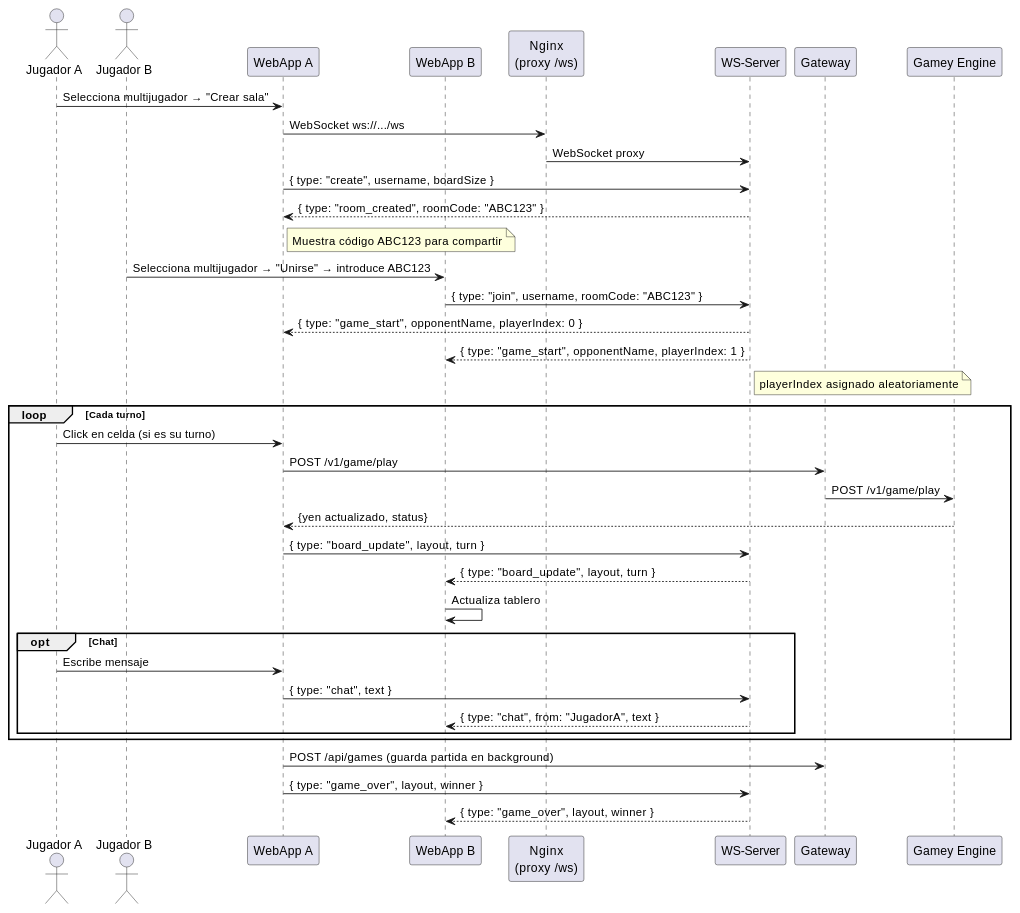
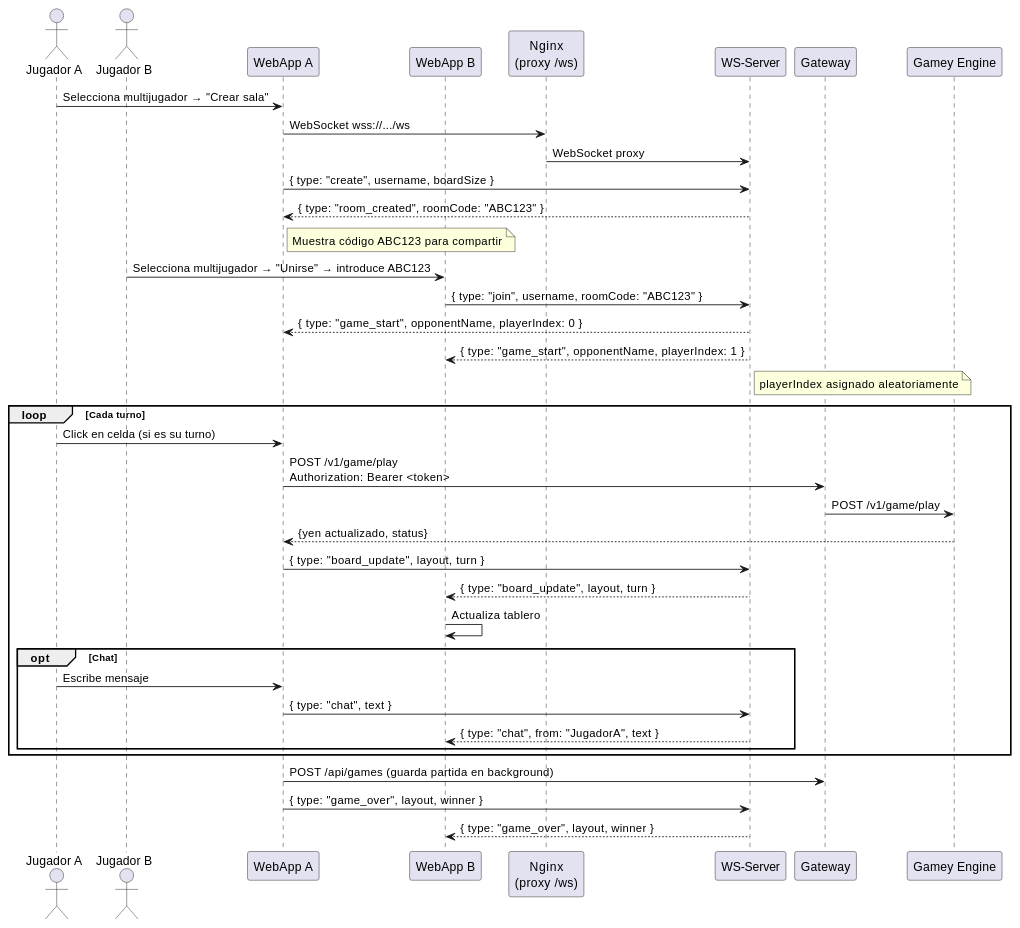
Before and after one commit to Arquisoft/yovi_es4c: the fourth of 8 diagrams in docs/src/06_runtime_view.adoc, drawn with PlantUML. The commit also changed other lines of this file and 9 other files, not shown here.

Commit message:
Actualizacion de documentacion y creacion de script para el funcionamiento independiente del classpath del plantuml

```diff
--- a/docs/src/06_runtime_view.adoc
+++ b/docs/src/06_runtime_view.adoc
@@ -86,44 +118,44 @@
 [plantuml,"Partida Multijugador",png]
 ----
 actor "Jugador A" as JA
 actor "Jugador B" as JB
 participant "WebApp A" as WA
 participant "WebApp B" as WB
 participant "Nginx\n(proxy /ws)" as Nginx
 participant "WS-Server" as WS
 participant "Gateway" as GW
 participant "Gamey Engine" as Gamey
 
 JA -> WA: Selecciona multijugador → "Crear sala"
-WA -> Nginx: WebSocket ws://.../ws
+WA -> Nginx: WebSocket wss://.../ws
 Nginx -> WS: WebSocket proxy
 WA -> WS: { type: "create", username, boardSize }
 WS --> WA: { type: "room_created", roomCode: "ABC123" }
 note right of WA: Muestra código ABC123 para compartir
 
 JB -> WB: Selecciona multijugador → "Unirse" → introduce ABC123
 WB -> WS: { type: "join", username, roomCode: "ABC123" }
 WS --> WA: { type: "game_start", opponentName, playerIndex: 0 }
 WS --> WB: { type: "game_start", opponentName, playerIndex: 1 }
 note right of WS: playerIndex asignado aleatoriamente
 
 loop Cada turno
   JA -> WA: Click en celda (si es su turno)
-  WA -> GW: POST /v1/game/play
+  WA -> GW: POST /v1/game/play\nAuthorization: Bearer <token>
   GW -> Gamey: POST /v1/game/play
   Gamey --> WA: {yen actualizado, status}
   WA -> WS: { type: "board_update", layout, turn }
   WS --> WB: { type: "board_update", layout, turn }
   WB -> WB: Actualiza tablero
 
   opt Chat
     JA -> WA: Escribe mensaje
     WA -> WS: { type: "chat", text }
     WS --> WB: { type: "chat", from: "JugadorA", text }
   end
 end
 
 WA -> GW: POST /api/games (guarda partida en background)
 WA -> WS: { type: "game_over", layout, winner }
 WS --> WB: { type: "game_over", layout, winner }
 ----
```
